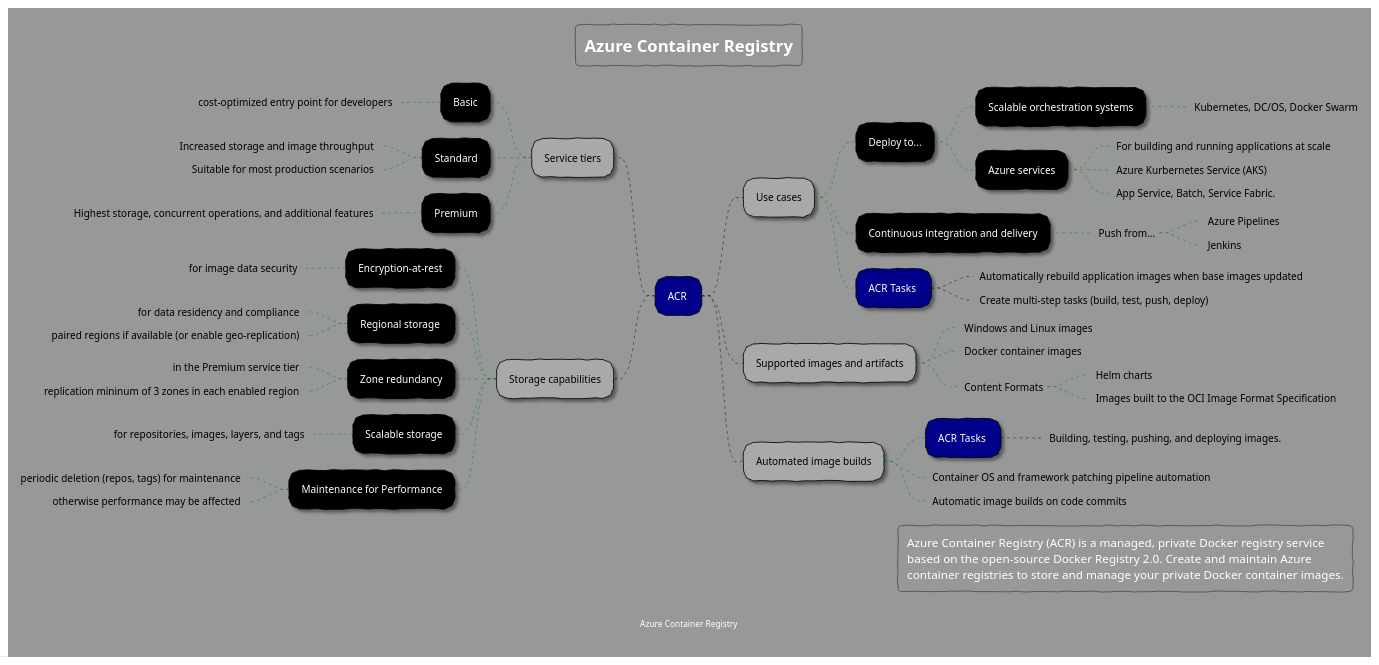
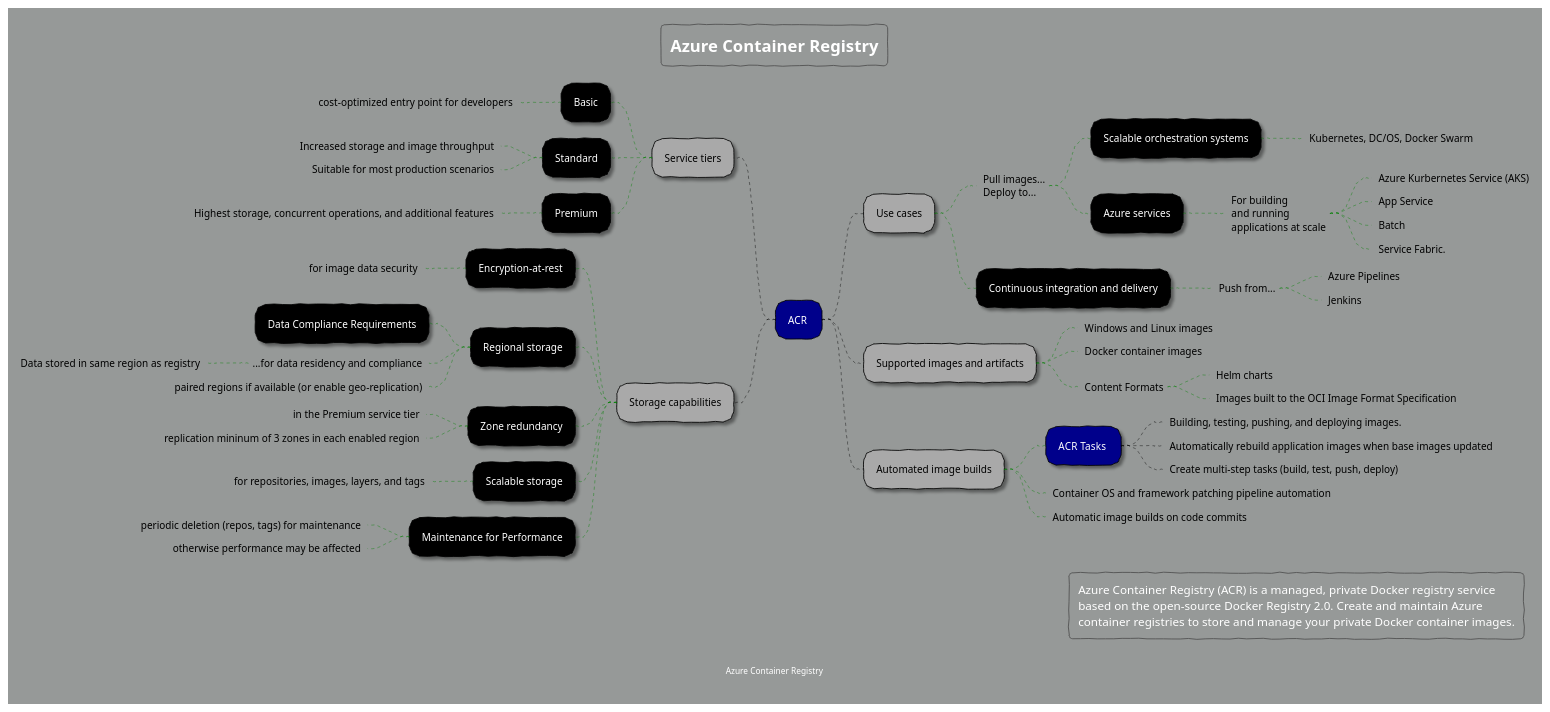
One commit to rob-bl8ke/Az204-Containerization changed the diagram in Notes/Diagrams/ContainerRegistry/container-registry.plantuml. Above: the diagram before and after it, drawn with PlantUML. The commit also changed 8 other files, not shown here.

```diff
--- a/Notes/Diagrams/ContainerRegistry/container-registry.plantuml
+++ b/Notes/Diagrams/ContainerRegistry/container-registry.plantuml
@@ -1,110 +1,113 @@
 @startmindmap "Azure Container Registry"
 
 
 ' https://plantuml.com/theme
 !theme sketchy
 skinparam backgroundColor #969998
 
 title Azure Container Registry
 footer Azure Container Registry
 
 <style>
     mindMapDiagram {
         .root {
             BackgroundColor darkblue
             LineColor black
             FontColor white
         }
 
         node {
             FontColor white
             LineColor black
             BackgroundColor black
             Shadowing 2.0
             RoundCorner 25
         }
         :depth(0) {
             FontColor black
             LineColor white
             BackgroundColor white
             Shadowing 0.0
         }
         :depth(1) {
             FontColor black
             BackgroundColor darkgrey
             Shadowing 2.0
         }
 
         arrow {
             LineStyle 4
             LineThickness 0.5
             LineColor green
         }
 
         boxless {
             FontColor black
             Margin 10
             Padding 10
             MaximumWidth 400
         }
     }
 </style>
 
 + ACR <<root>>
 ++ Use cases
-+++ Deploy to...
++++_ Pull images...\nDeploy to...
 ++++ Scalable orchestration systems
 +++++_ Kubernetes, DC/OS, Docker Swarm
 ++++ Azure services
-+++++_ For building and running applications at scale
-+++++_ Azure Kurbernetes Service (AKS)
-+++++_ App Service, Batch, Service Fabric.
++++++_ For building\nand running\napplications at scale
+++++++_ Azure Kurbernetes Service (AKS)
+++++++_ App Service
+++++++_ Batch
+++++++_ Service Fabric.
 +++ Continuous integration and delivery
 ++++_ Push from...
 +++++_ Azure Pipelines
 +++++_ Jenkins
-+++ ACR Tasks <<root>>
-++++_ Automatically rebuild application images when base images updated
-++++_ Create multi-step tasks (build, test, push, deploy)
 -- Service tiers
 --- Basic
 ----_ cost-optimized entry point for developers
 --- Standard
 ----_ Increased storage and image throughput
 ----_ Suitable for most production scenarios
 --- Premium
 ----_ Highest storage, concurrent operations, and additional features
 
 ++ Supported images and artifacts
 +++_ Windows and Linux images
 +++_ Docker container images
 +++_ Content Formats
 ++++_ Helm charts
 ++++_ Images built to the OCI Image Format Specification
 ++ Automated image builds
 +++ ACR Tasks <<root>>
 ++++_ Building, testing, pushing, and deploying images.
+++++_ Automatically rebuild application images when base images updated
+++++_ Create multi-step tasks (build, test, push, deploy)
 +++_ Container OS and framework patching pipeline automation
 +++_ Automatic image builds on code commits
 -- Storage capabilities
 --- Encryption-at-rest
 ----_ for image data security
---- Regional storage 
-----_ for data residency and compliance
+--- Regional storage
+---- Data Compliance Requirements
+----_ ...for data residency and compliance
+-----_ Data stored in same region as registry
 ----_ paired regions if available (or enable geo-replication)
 --- Zone redundancy
 ----_ in the Premium service tier
 ----_ replication mininum of 3 zones in each enabled region
 --- Scalable storage
 ----_ for repositories, images, layers, and tags
 --- Maintenance for Performance
 ----_ periodic deletion (repos, tags) for maintenance
 ----_ otherwise performance may be affected
 
 legend right
 Azure Container Registry (ACR) is a managed, private Docker registry service
 based on the open-source Docker Registry 2.0. Create and maintain Azure 
 container registries to store and manage your private Docker container images.
 endlegend
 
 @endmindmap
```
